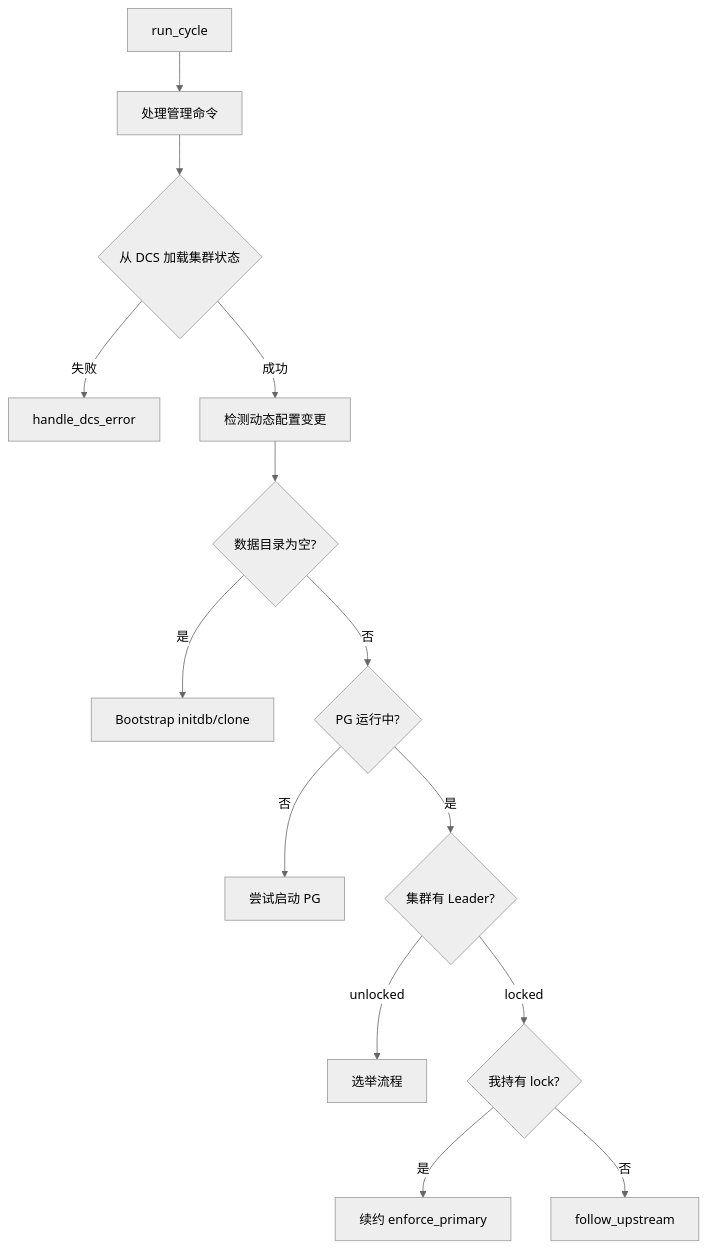
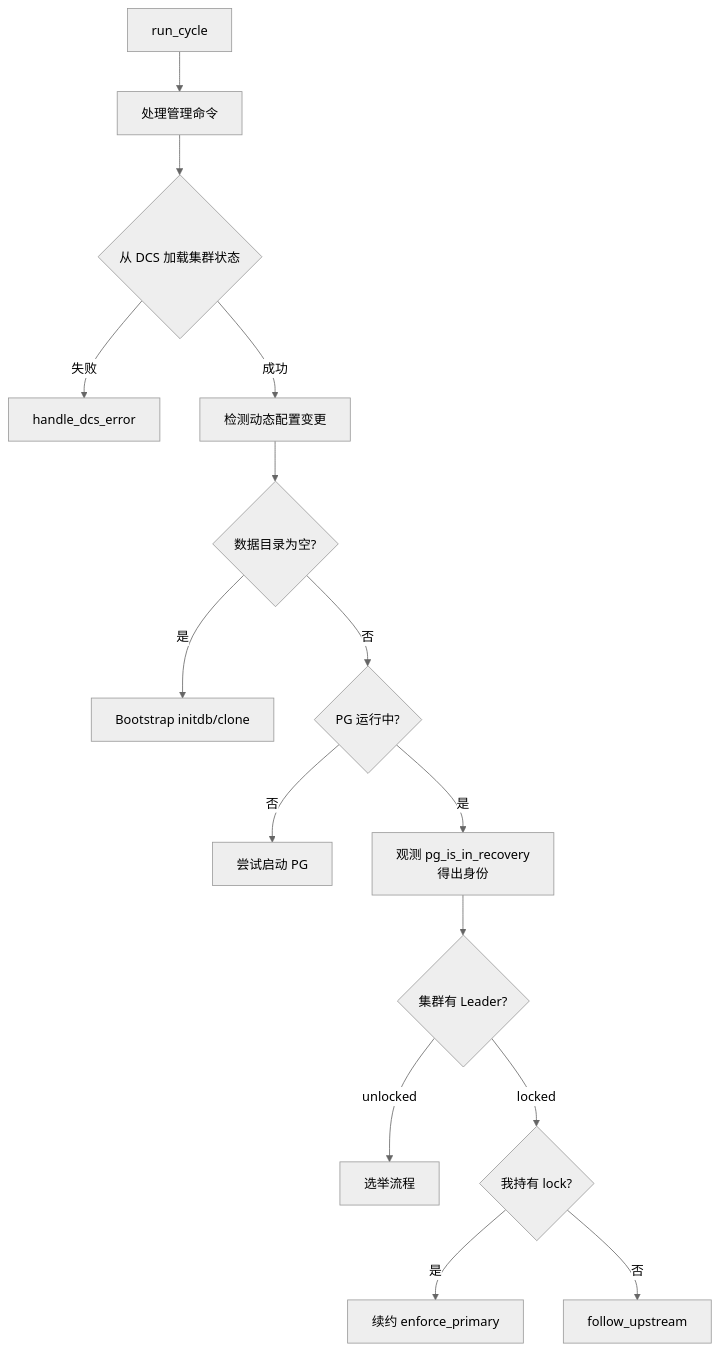
Before and after one commit to seraphico/pg-ha: the second of 11 diagrams in docs/pg-ha-architecture.md, drawn with Mermaid (neutral theme). The commit also changed other lines of this file and 13 other files, not shown here.

````diff
--- a/docs/pg-ha-architecture.md
+++ b/docs/pg-ha-architecture.md
@@ -28,16 +28,17 @@
 ```mermaid
 flowchart TD
     START[run_cycle] --> CMD[处理管理命令]
     CMD --> DCS{从 DCS 加载集群状态}
     DCS -->|失败| ERR[handle_dcs_error]
     DCS -->|成功| DYNCONF[检测动态配置变更]
     DYNCONF --> DATADIR{数据目录为空?}
     DATADIR -->|是| BOOTSTRAP[Bootstrap initdb/clone]
     DATADIR -->|否| PGRUN{PG 运行中?}
     PGRUN -->|否| PGSTART[尝试启动 PG]
-    PGRUN -->|是| LOCKED{集群有 Leader?}
+    PGRUN -->|是| OBSERVE[观测 pg_is_in_recovery<br/>得出身份]
+    OBSERVE --> LOCKED{集群有 Leader?}
     LOCKED -->|unlocked| ELECTION[选举流程]
     LOCKED -->|locked| OWNER{我持有 lock?}
     OWNER -->|是| RENEW[续约 enforce_primary]
     OWNER -->|否| FOLLOW[follow_upstream]
 ```
````
